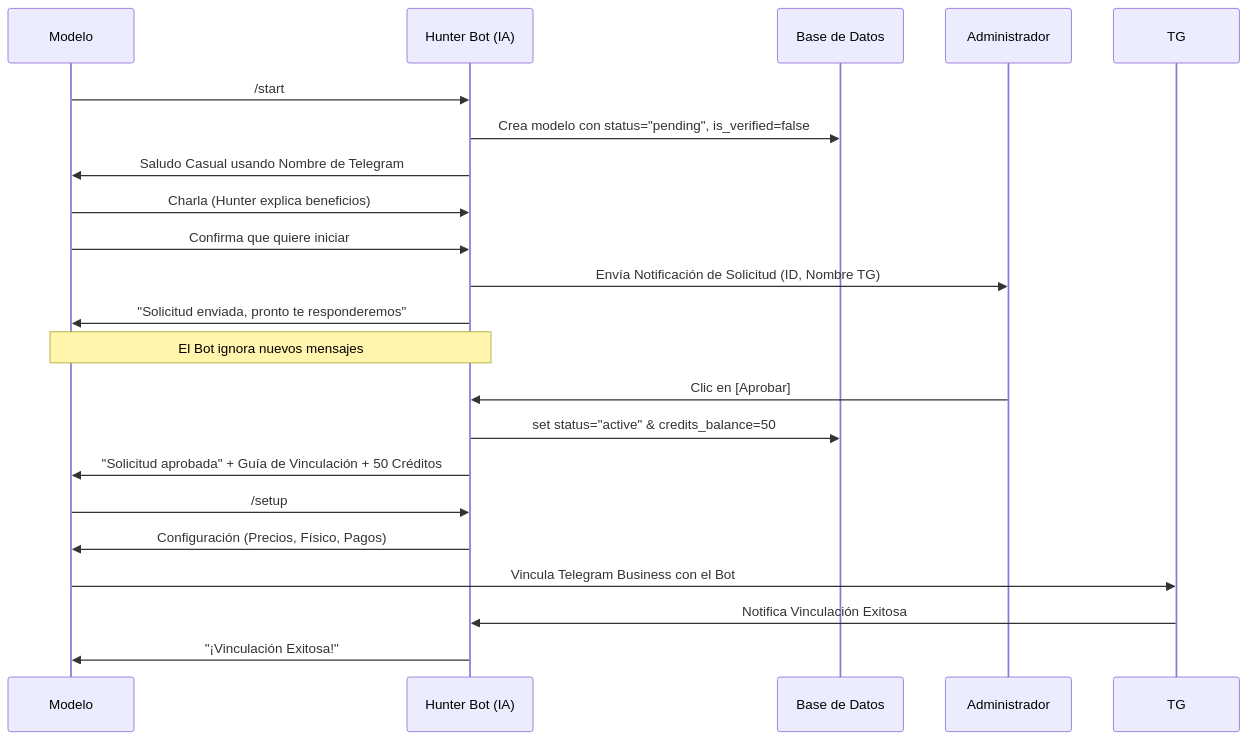
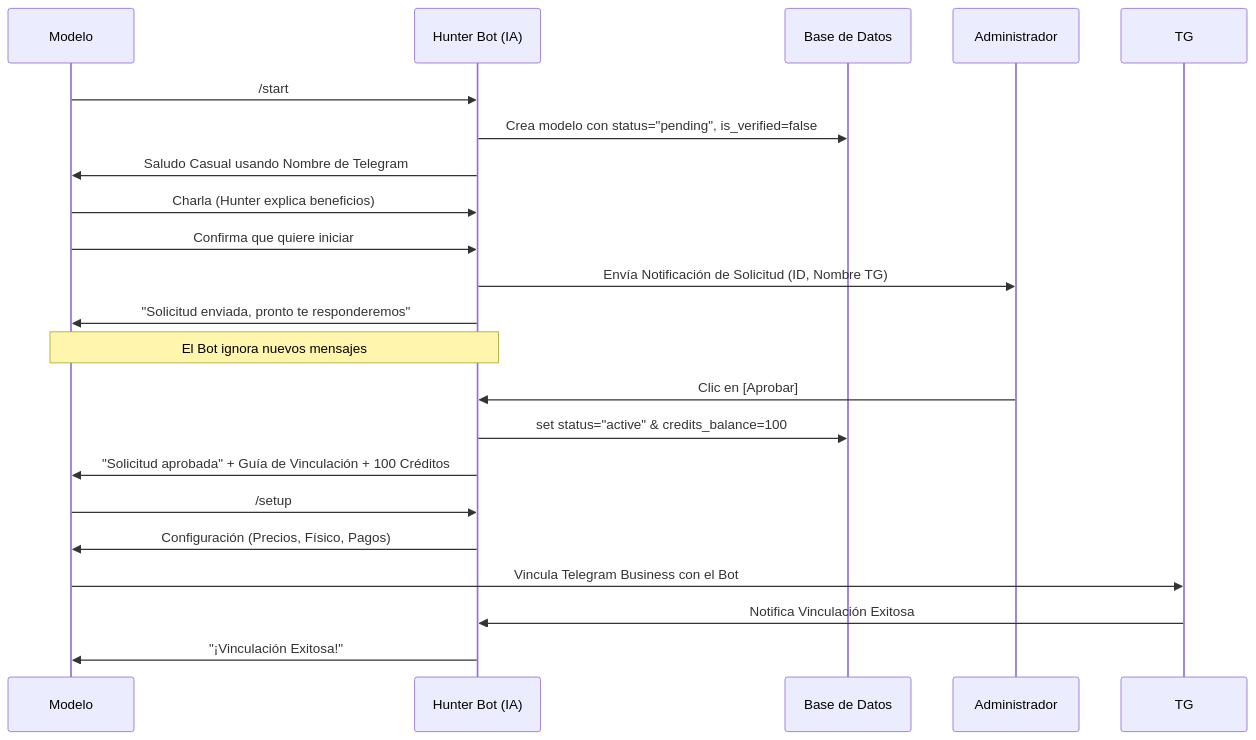
Before and after one commit to Cinefilo007/agente-modelos: the diagram in directives/bot_onboarding_flow.md, drawn with Mermaid. The commit also changed other lines of this file and 2 other files, not shown here.

Commit message:
feat: implement AI-driven sales onboarding flow with automated chat handling and admin notification system

````diff
--- a/directives/bot_onboarding_flow.md
+++ b/directives/bot_onboarding_flow.md
@@ -14,26 +14,26 @@
 ```mermaid
 sequenceDiagram
     participant M as Modelo
     participant B as Hunter Bot (IA)
     participant DB as Base de Datos
     participant A as Administrador
 
     M->>B: /start
     B->>DB: Crea modelo con status="pending", is_verified=false
     B->>M: Saludo Casual usando Nombre de Telegram
     M->>B: Charla (Hunter explica beneficios)
     M->>B: Confirma que quiere iniciar
     B->>A: Envía Notificación de Solicitud (ID, Nombre TG)
     B->>M: "Solicitud enviada, pronto te responderemos"
     Note over B,M: El Bot ignora nuevos mensajes
     
     A->>B: Clic en [Aprobar]
-    B->>DB: set status="active" & credits_balance=50
-    B->>M: "Solicitud aprobada" + Guía de Vinculación + 50 Créditos
+    B->>DB: set status="active" & credits_balance=100
+    B->>M: "Solicitud aprobada" + Guía de Vinculación + 100 Créditos
     
     M->>B: /setup
     B->>M: Configuración (Precios, Físico, Pagos)
     M->>TG: Vincula Telegram Business con el Bot
     TG->>B: Notifica Vinculación Exitosa
     B->>M: "¡Vinculación Exitosa!"
 ```
````
